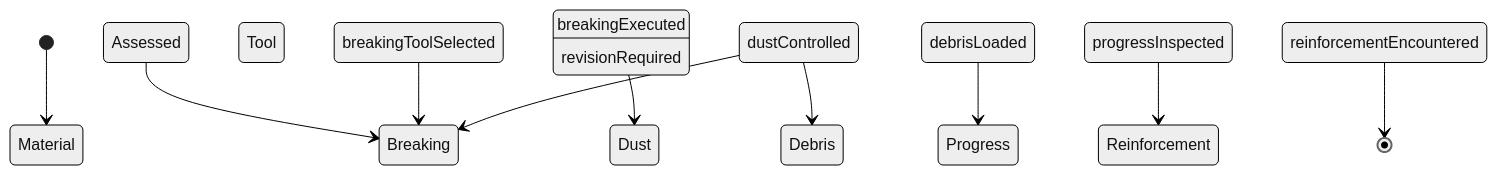
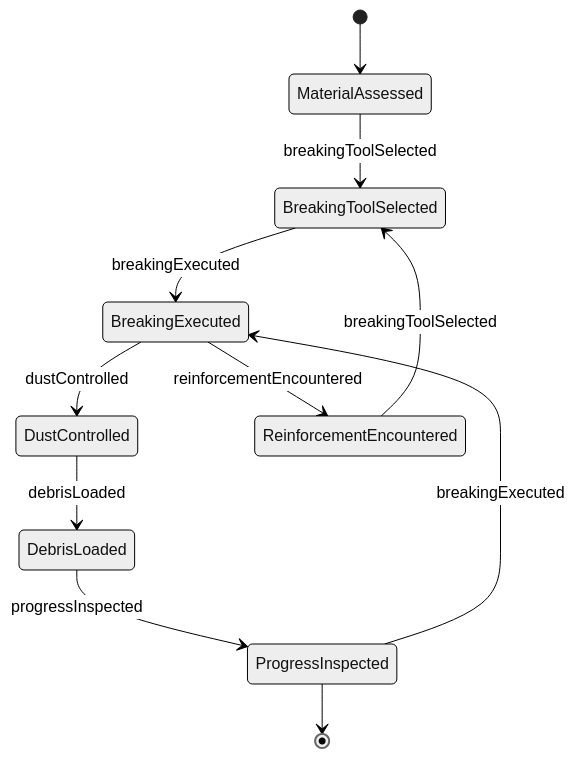
Before and after one commit to dot-org-ai/tasks.org.ai: the second of 4 diagrams in ControllingMachinesAndProcesses/OperateConstructionOrExcavationEquipment/BreakUpRockAsphaltConcrete.mdx, drawn with Mermaid (neutral theme). The commit also changed other lines of this file and 515 other files, not shown here.

````diff
--- a/ControllingMachinesAndProcesses/OperateConstructionOrExcavationEquipment/BreakUpRockAsphaltConcrete.mdx
+++ b/ControllingMachinesAndProcesses/OperateConstructionOrExcavationEquipment/BreakUpRockAsphaltConcrete.mdx
@@ -98,12 +98,13 @@
 ```mermaid
 stateDiagram-v2
-    [*] --> Material Assessed
-    Material Assessed --> Breaking Tool Selected : breakingToolSelected
-    Breaking Tool Selected --> Breaking Executed : breakingExecuted
-    Breaking Executed --> Dust Controlled : dustControlled
-    Dust Controlled --> Debris Loaded : debrisLoaded
-    Debris Loaded --> Progress Inspected : progressInspected
-    Progress Inspected --> Reinforcement Encountered : reinforcementEncountered
-    Dust Controlled --> Breaking Executed : revisionRequired
-    Reinforcement Encountered --> [*]
+    [*] --> MaterialAssessed
+    MaterialAssessed --> BreakingToolSelected : breakingToolSelected
+    BreakingToolSelected --> BreakingExecuted : breakingExecuted
+    BreakingExecuted --> DustControlled : dustControlled
+    DustControlled --> DebrisLoaded : debrisLoaded
+    DebrisLoaded --> ProgressInspected : progressInspected
+    ProgressInspected --> BreakingExecuted : breakingExecuted
+    BreakingExecuted --> ReinforcementEncountered : reinforcementEncountered
+    ReinforcementEncountered --> BreakingToolSelected : breakingToolSelected
+    ProgressInspected --> [*]
 ```
````
